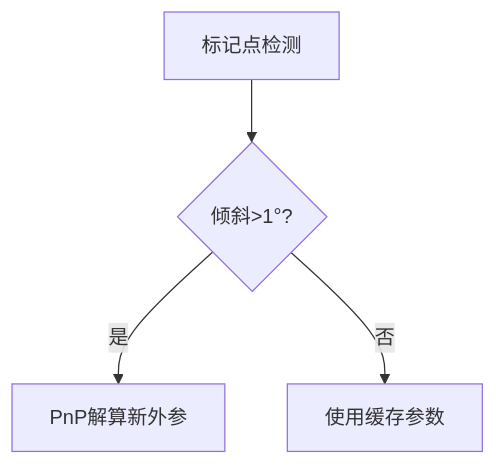
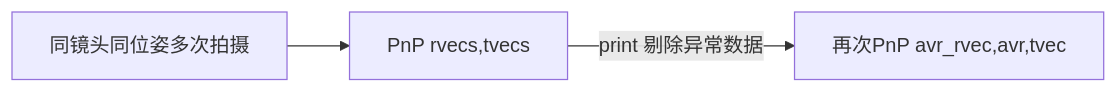
Before and after one commit to Falling-bit/Camera_calibrate: the third of 5 diagrams in calibrate/README.md, drawn with Mermaid. The commit also changed other lines of this file, not shown here.

````diff
--- a/calibrate/README.md
+++ b/calibrate/README.md
@@ -16,6 +45,4 @@
 ```mermaid
-graph TD
-    A[标记点检测] --> B{倾斜>1°?}
-    B -->|是| C[PnP解算新外参]
-    B -->|否| D[使用缓存参数]
+graph LR
+    A[同镜头同位姿多次拍摄] --> B[PnP rvecs,tvecs] -->|print 剔除异常数据| C[再次PnP avr_rvec,avr,tvec]
 ```
````
